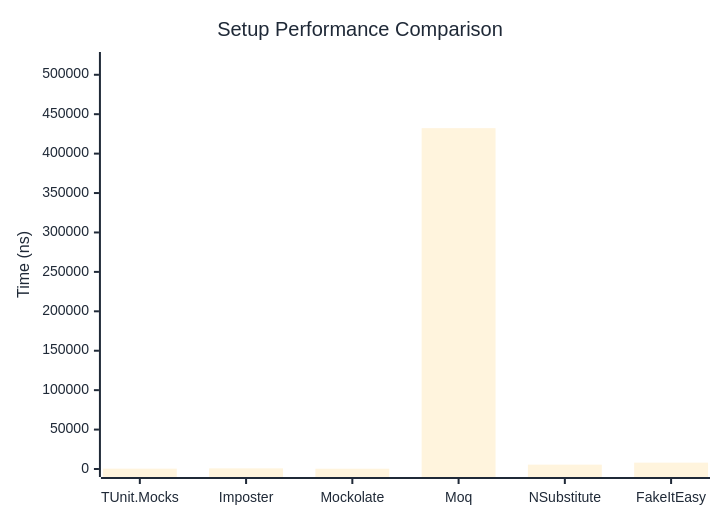
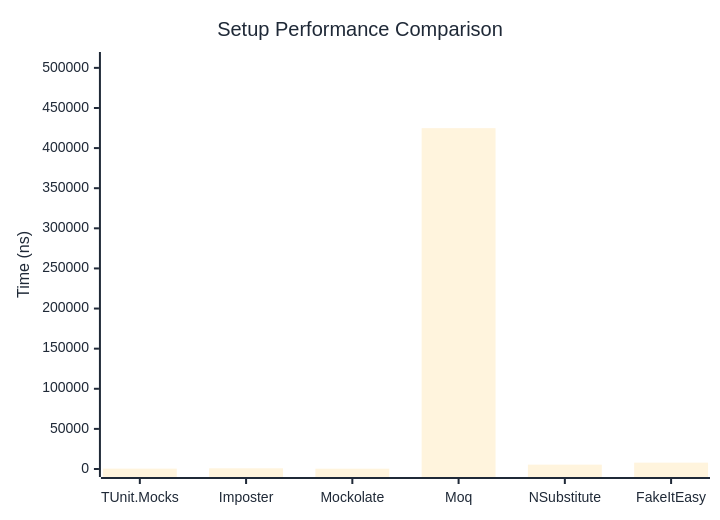
Before and after one commit to thomhurst/TUnit: the first of 2 diagrams in docs/docs/benchmarks/mocks/Setup.md, drawn with Mermaid. The commit also changed other lines of this file and 14 other files, not shown here.

````diff
--- a/docs/docs/benchmarks/mocks/Setup.md
+++ b/docs/docs/benchmarks/mocks/Setup.md
@@ -28,27 +28,27 @@
 ```mermaid
 %%{init: {
   'theme':'base',
   'themeVariables': {
     'primaryColor': '#2563eb',
     'primaryTextColor': '#1f2937',
     'primaryBorderColor': '#1e40af',
     'lineColor': '#6b7280',
     'secondaryColor': '#7c3aed',
     'tertiaryColor': '#dc2626',
     'background': '#ffffff',
     'pie1': '#2563eb',
     'pie2': '#7c3aed',
     'pie3': '#dc2626',
     'pie4': '#f59e0b',
     'pie5': '#10b981',
     'pie6': '#06b6d4',
     'pie7': '#ec4899',
     'pie8': '#6366f1'
   }
 }}%%
 xychart-beta
   title "Setup Performance Comparison"
   x-axis ["TUnit.Mocks", "Imposter", "Mockolate", "Moq", "NSubstitute", "FakeItEasy"]
-  y-axis "Time (ns)" 0 --> 518739
-  bar [427.3, 802.7, 343.8, 432282.5, 5508.7, 8074.3]
+  y-axis "Time (ns)" 0 --> 509798
+  bar [441.1, 857.3, 363.9, 424831.5, 5429.2, 7914.2]
 ```
````
